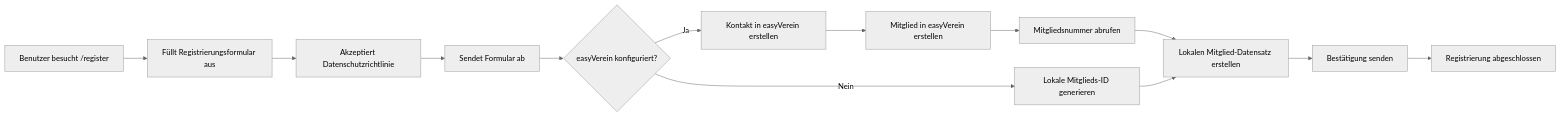
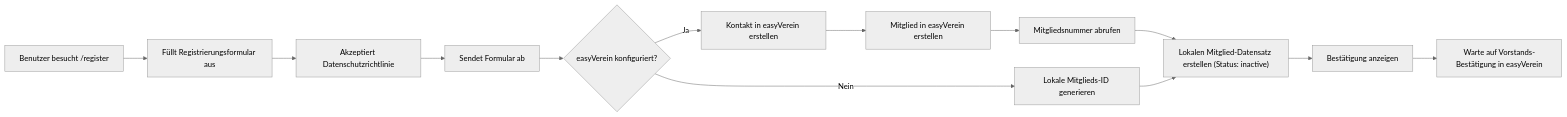
The diagram in docs/19-member-registration.de.md (AlexErlewein/MakerPi_GroundControl), drawn with Mermaid (neutral theme) before and after one commit. The commit also changed other lines of this file and 10 other files, not shown here.

````diff
--- a/docs/19-member-registration.de.md
+++ b/docs/19-member-registration.de.md
@@ -63,15 +63,15 @@
 ```mermaid
 flowchart LR
     A["Benutzer besucht /register"] --> B["Füllt Registrierungsformular aus"]
     B --> C["Akzeptiert Datenschutzrichtlinie"]
     C --> D["Sendet Formular ab"]
     D --> E{"easyVerein konfiguriert?"}
     E -->|Ja| F["Kontakt in easyVerein erstellen"]
     F --> G["Mitglied in easyVerein erstellen"]
     G --> H["Mitgliedsnummer abrufen"]
-    H --> I["Lokalen Mitglied-Datensatz erstellen"]
+    H --> I["Lokalen Mitglied-Datensatz erstellen (Status: inactive)"]
     E -->|Nein| J["Lokale Mitglieds-ID generieren"]
     J --> I
-    I --> K["Bestätigung senden"]
-    K --> L["Registrierung abgeschlossen"]
+    I --> K["Bestätigung anzeigen"]
+    K --> L["Warte auf Vorstands-Bestätigung in easyVerein"]
 ```
````
